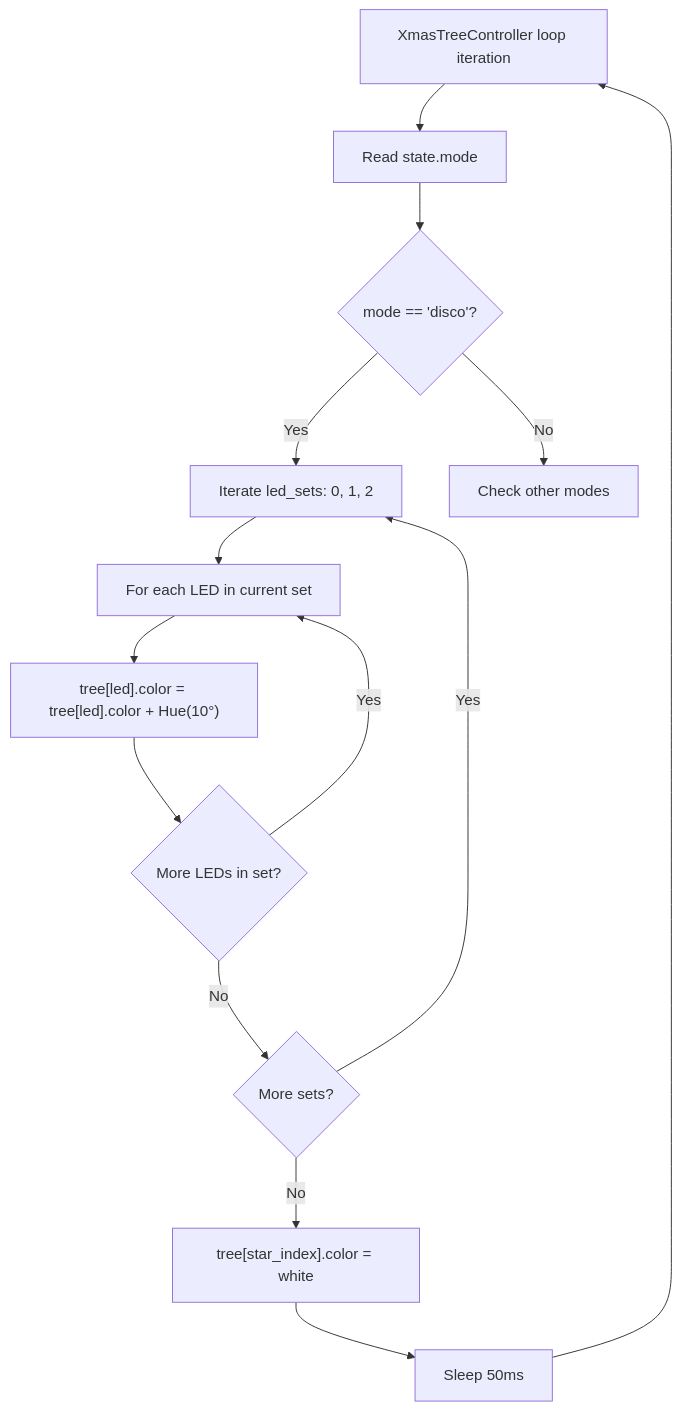
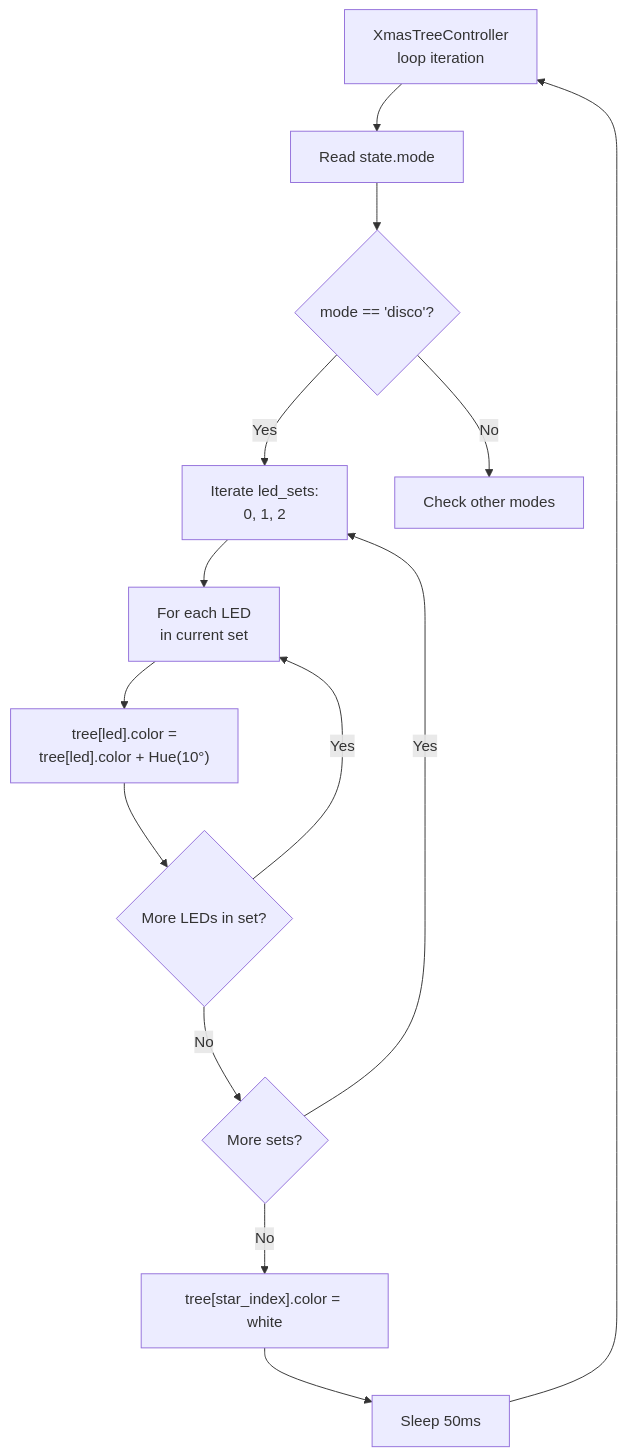
Diagram 11 of 11 in ARCHITECTURE.md (malminhas/raspberrypi-xmastree), drawn with Mermaid before and after one commit. The commit also changed other lines of this file, not shown here.

Commit message:
Adjusting text to fit into flow boxes better

````diff
--- a/ARCHITECTURE.md
+++ b/ARCHITECTURE.md
@@ -853,16 +853,16 @@
 ```mermaid
 flowchart TD
-    A[XmasTreeController loop iteration] --> B[Read state.mode]
+    A["XmasTreeController<br/>loop iteration"] --> B[Read state.mode]
     B --> C{mode == 'disco'?}
-    C -->|Yes| D[Iterate led_sets: 0, 1, 2]
+    C -->|Yes| D["Iterate led_sets:<br/>0, 1, 2"]
     C -->|No| Z[Check other modes]
-    D --> E[For each LED in current set]
-    E --> F["tree[led].color = tree[led].color + Hue(10°)"]
+    D --> E["For each LED<br/>in current set"]
+    E --> F["tree[led].color =<br/>tree[led].color + Hue(10°)"]
     F --> G{More LEDs in set?}
     G -->|Yes| E
     G -->|No| H{More sets?}
     H -->|Yes| D
     H -->|No| I["tree[star_index].color = white"]
     I --> J[Sleep 50ms]
     J --> A
 ```
````
